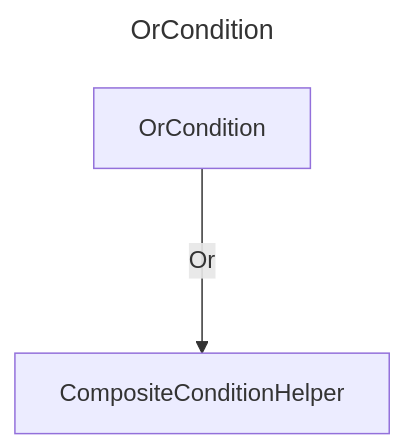
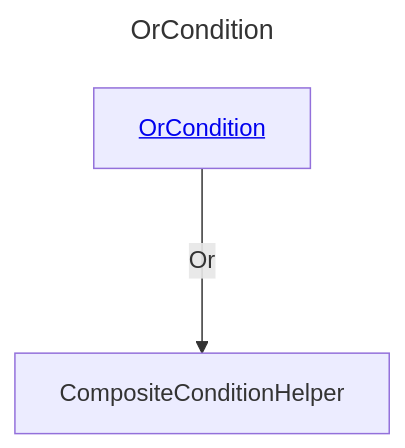
Before and after one commit to douglassimonsen/pbi_core: the diagram in docs/docs/layout/erd/OrCondition.md, drawn with Mermaid. The commit also changed 76 other files, not shown here.

````diff
--- a/docs/docs/layout/erd/OrCondition.md
+++ b/docs/docs/layout/erd/OrCondition.md
@@ -1,9 +1,9 @@
 ```mermaid
 ---
 title: OrCondition
 ---
 graph 
-2430071871440["CompositeConditionHelper"]
-2430071879248["OrCondition"]
-2430071879248 --->|Or| 2430071871440
+CompositeConditionHelper[CompositeConditionHelper]
+OrCondition[<a href='/layout/erd/OrCondition'>OrCondition</a>]
+OrCondition --->|Or| CompositeConditionHelper
 ```
````
